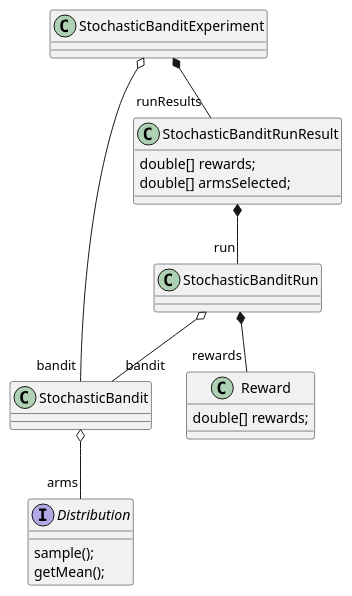
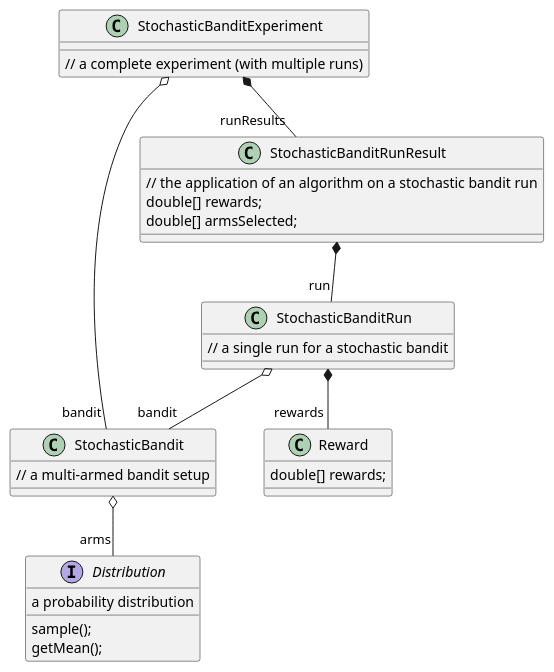
One commit to chrisgioia64/bandit_backend changed the diagram in src/StochasticBandit.puml. Above: the diagram before and after it, drawn with PlantUML. The commit also changed 18 other files, not shown here.

```diff
--- a/src/StochasticBandit.puml
+++ b/src/StochasticBandit.puml
@@ -1,40 +1,43 @@
 @startuml
 'https://plantuml.com/class-diagram
 
 
 interface Distribution {
+    a probability distribution
     sample();
     getMean();
 }
 
 class StochasticBandit {
+    // a multi-armed bandit setup
 }
 
 class StochasticBanditRun {
-
+   // a single run for a stochastic bandit
 }
 
 class StochasticBanditRunResult {
+    // the application of an algorithm on a stochastic bandit run
     double[] rewards;
     double[] armsSelected;
 }
 
 class StochasticBanditExperiment {
-
+   // a complete experiment (with multiple runs)
 }
 
 class Reward {
      double[] rewards;
 }
 
 StochasticBandit o-- "arms" Distribution
 StochasticBanditRun o-- "bandit" StochasticBandit
 StochasticBanditRun *-- "rewards" Reward
 StochasticBanditRunResult *-- "run" StochasticBanditRun
 StochasticBanditExperiment *-- "runResults" StochasticBanditRunResult
 StochasticBanditExperiment o-- "bandit" StochasticBandit
 
 
 
 
 @enduml
```
